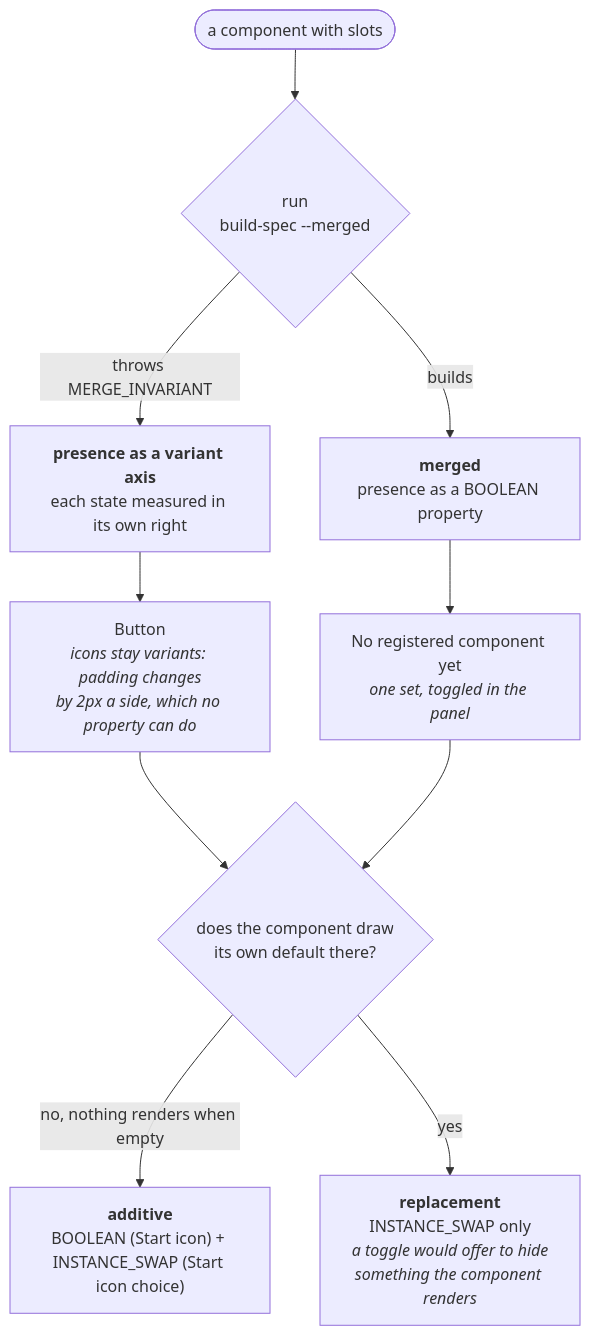
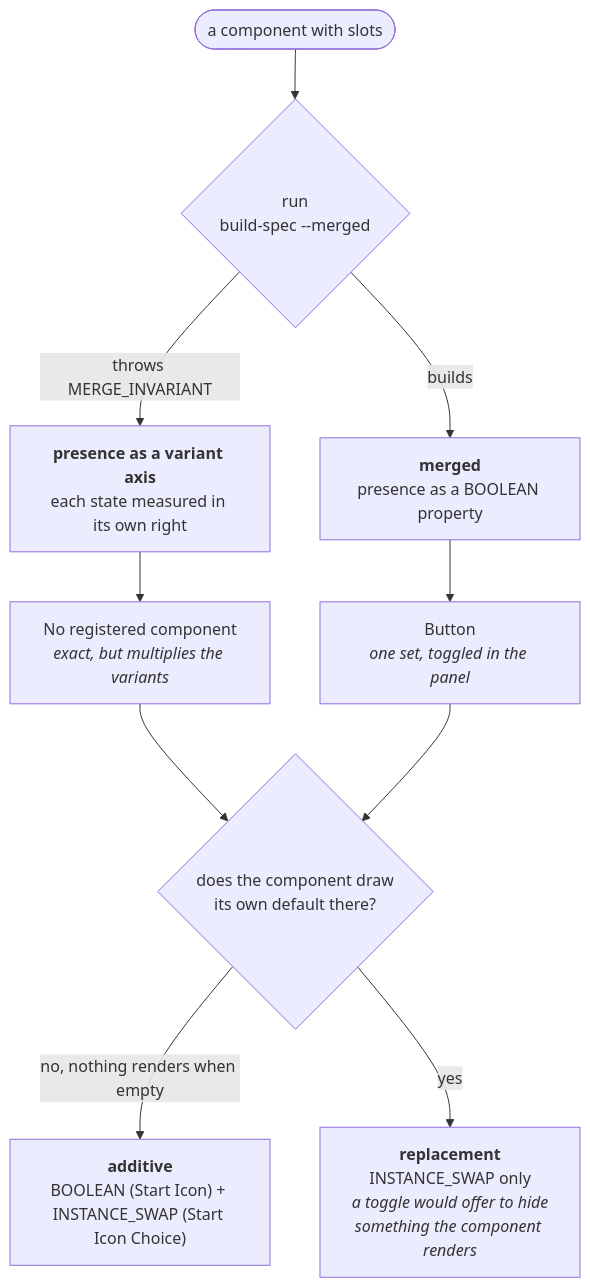
Before and after one commit to dialpad/dialtone: the third of 3 diagrams in packages/figma-components-sync/sync-scripts/README.md, drawn with Mermaid. The commit also changed other lines of this file and 20 other files, not shown here.

````diff
--- a/packages/figma-components-sync/sync-scripts/README.md
+++ b/packages/figma-components-sync/sync-scripts/README.md
@@ -269,15 +271,15 @@
 ```mermaid
 flowchart TD
     START([a component with slots]) --> MERGED{"run<br/>build-spec --merged"}
     MERGED -->|throws MERGE_INVARIANT| AXIS["<b>presence as a variant axis</b><br/>each state measured in its own right"]
     MERGED -->|builds| BOOL["<b>merged</b><br/>presence as a BOOLEAN property"]
 
-    AXIS --> AXISW["Button<br/><i>icons stay variants: padding changes<br/>by 2px a side, which no property can do</i>"]
-    BOOL --> BOOLW["No registered component yet<br/><i>one set, toggled in the panel</i>"]
+    AXIS --> AXISW["No registered component<br/><i>exact, but multiplies the variants</i>"]
+    BOOL --> BOOLW["Button<br/><i>one set, toggled in the panel</i>"]
 
     KIND{"does the component draw<br/>its own default there?"}
     AXISW --> KIND
     BOOLW --> KIND
-    KIND -->|no, nothing renders when empty| ADD["<b>additive</b><br/>BOOLEAN (Start icon) + INSTANCE_SWAP (Start icon choice)"]
+    KIND -->|no, nothing renders when empty| ADD["<b>additive</b><br/>BOOLEAN (Start Icon) + INSTANCE_SWAP (Start Icon Choice)"]
     KIND -->|yes| REP["<b>replacement</b><br/>INSTANCE_SWAP only<br/><i>a toggle would offer to hide<br/>something the component renders</i>"]
 ```
````
